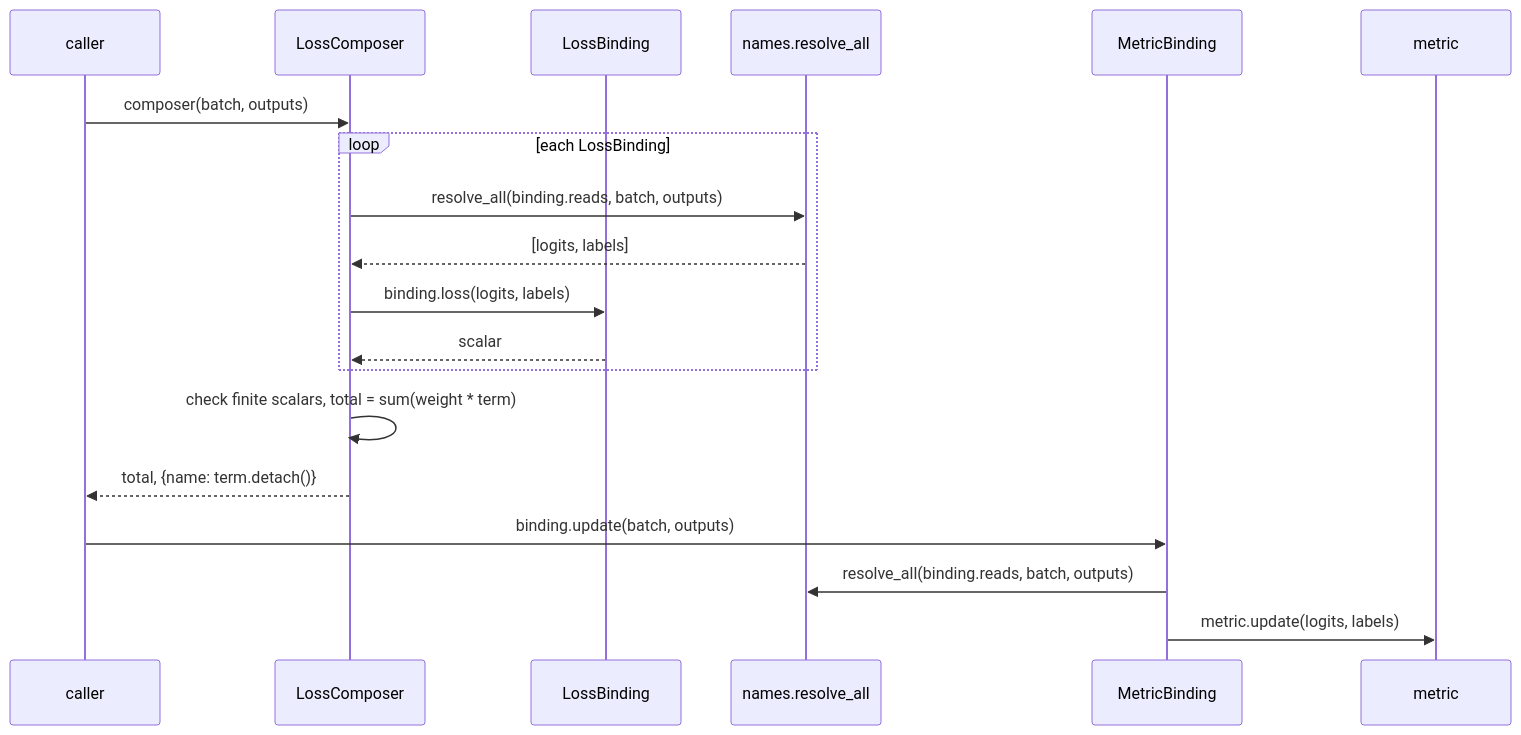
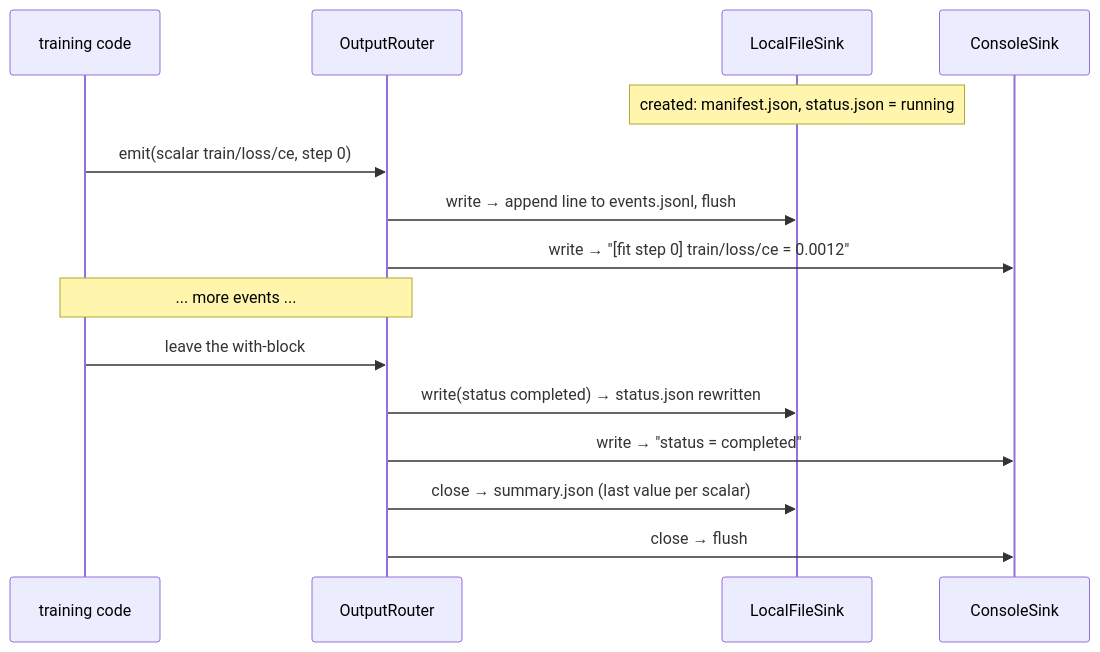
The fourth of 4 diagrams in COMMIT.md (tile-and-error/imagenet-classification), drawn with Mermaid before and after one commit. The commit also changed other lines of this file and 38 other files, not shown here.

````diff
--- a/COMMIT.md
+++ b/COMMIT.md
@@ -199,21 +199,17 @@
 ```mermaid
 sequenceDiagram
-    participant C as caller
-    participant L as LossComposer
-    participant B as LossBinding
-    participant R as names.resolve_all
-    participant MB as MetricBinding
-    participant MT as metric
-    C->>L: composer(batch, outputs)
-    loop each LossBinding
-        L->>R: resolve_all(binding.reads, batch, outputs)
-        R-->>L: [logits, labels]
-        L->>B: binding.loss(logits, labels)
-        B-->>L: scalar
-    end
-    L->>L: check finite scalars, total = sum(weight * term)
-    L-->>C: total, {name: term.detach()}
-    C->>MB: binding.update(batch, outputs)
-    MB->>R: resolve_all(binding.reads, batch, outputs)
-    MB->>MT: metric.update(logits, labels)
+    participant C as training code
+    participant R as OutputRouter
+    participant L as LocalFileSink
+    participant K as ConsoleSink
+    Note over L: created: manifest.json, status.json = running
+    C->>R: emit(scalar train/loss/ce, step 0)
+    R->>L: write → append line to events.jsonl, flush
+    R->>K: write → "[fit step 0] train/loss/ce = 0.0012"
+    Note over C,R: ... more events ...
+    C->>R: leave the with-block
+    R->>L: write(status completed) → status.json rewritten
+    R->>K: write → "status = completed"
+    R->>L: close → summary.json (last value per scalar)
+    R->>K: close → flush
 ```
````
